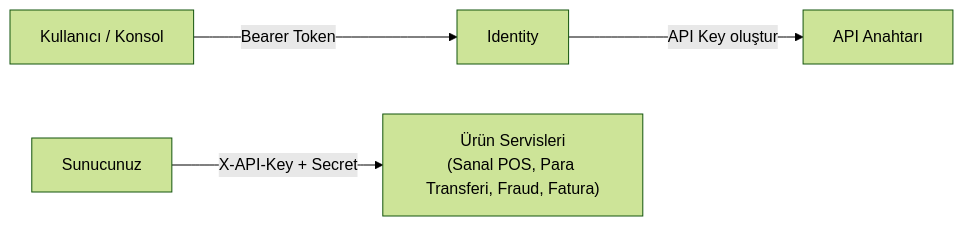
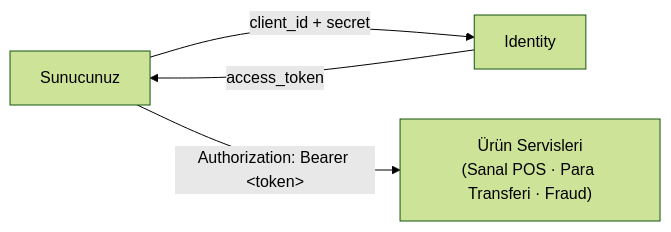
The diagram in identity/overview.mdx (payment-pos/mintlify), drawn with Mermaid (forest theme) before and after one commit. The commit also changed other lines of this file and 24 other files, not shown here.

````diff
--- a/identity/overview.mdx
+++ b/identity/overview.mdx
@@ -59,6 +67,7 @@
 ```mermaid
 flowchart LR
-    User["Kullanıcı / Konsol"] -->|"Bearer Token"| ID["Identity"]
-    ID -->|"API Key oluştur"| Key["API Anahtarı"]
-    Server["Sunucunuz"] -->|"X-API-Key + Secret"| Products["Ürün Servisleri<br/>(Sanal POS, Para Transferi, Fraud, Fatura)"]
+    Server["Sunucunuz"]
+    Server -->|"client_id + secret"| ID["Identity"]
+    ID -->|"access_token"| Server
+    Server -->|"Authorization: Bearer &lt;token&gt;"| Products["Ürün Servisleri<br/>(Sanal POS · Para Transferi · Fraud)"]
 ```
````
